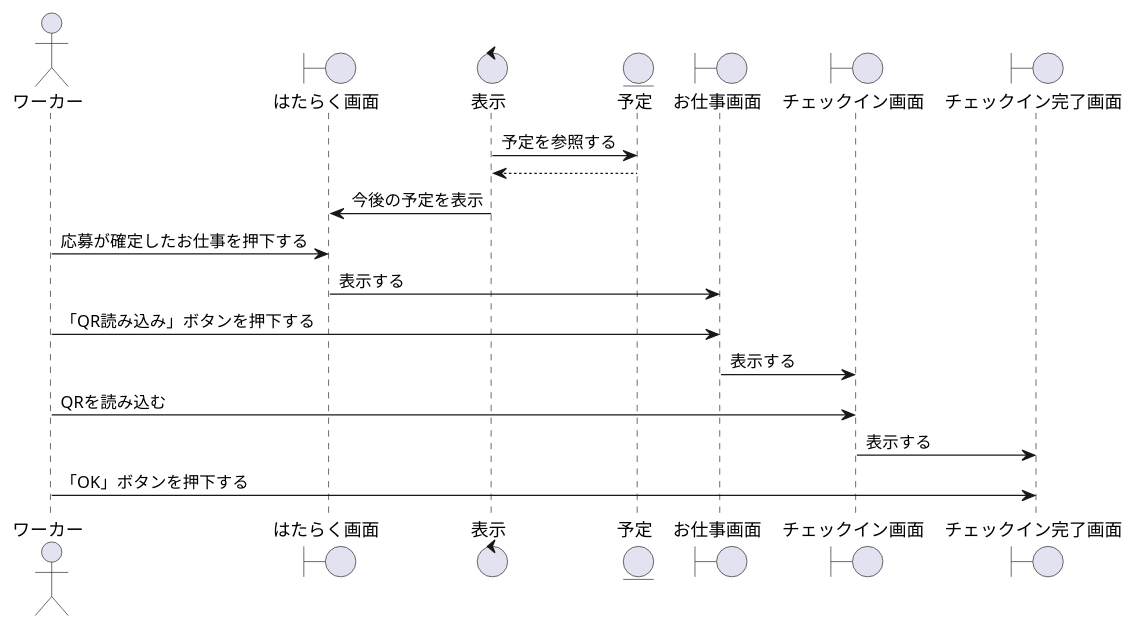
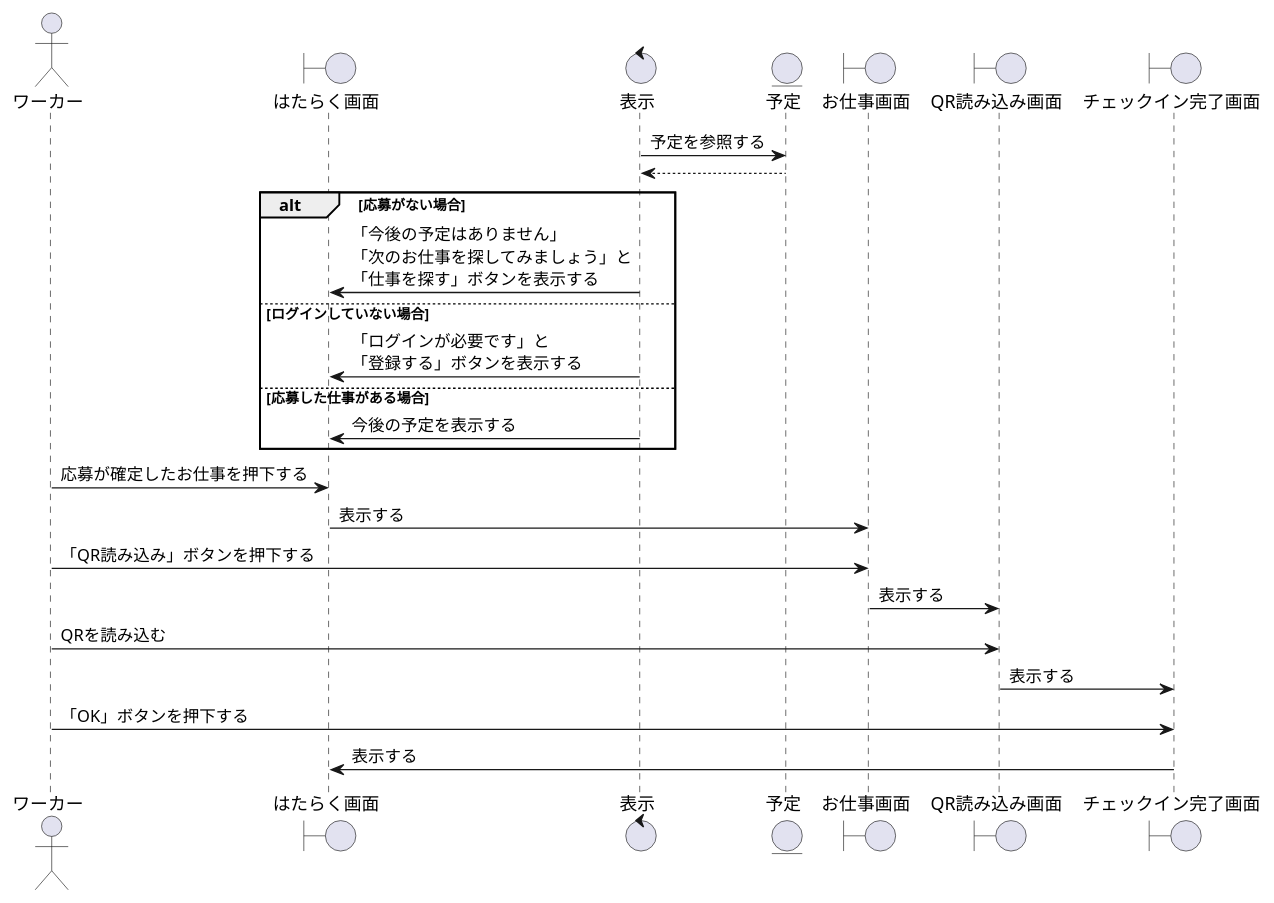
Before and after one commit to irukacb256/high_Me: the diagram in sequence_fig/4_business_fn/1_QRの読み取りをする.pu, drawn with PlantUML. The commit also changed 3 other files, not shown here.

```diff
--- a/sequence_fig/4_business_fn/1_QRの読み取りをする.pu
+++ b/sequence_fig/4_business_fn/1_QRの読み取りをする.pu
@@ -1,31 +1,40 @@
 @startuml QRの読み取りをする
 
 ' 1
 actor ワーカー as wo1
 boundary はたらく画面 as wk1
 control 表示 as co1
 entity 予定 as en1
 boundary お仕事画面 as wk2
-boundary チェックイン画面 as ch1
+boundary QR読み込み画面 as ch1
 boundary チェックイン完了画面 as cc1
+
 
 co1 -> en1 : 予定を参照する
 en1 --> co1 
 
-co1 -> wk1 : 今後の予定を表示
+alt 応募がない場合
+    co1 -> wk1 : 「今後の予定はありません」\n「次のお仕事を探してみましょう」と\n「仕事を探す」ボタンを表示する
+else ログインしていない場合
+    co1 -> wk1 : 「ログインが必要です」と\n「登録する」ボタンを表示する
+
+else 応募した仕事がある場合
+    co1 -> wk1 : 今後の予定を表示する
+end
 
 wo1 -> wk1 : 応募が確定したお仕事を押下する
 
 wk1 -> wk2 : 表示する
 
 wo1 -> wk2 : 「QR読み込み」ボタンを押下する
 
 wk2 -> ch1 : 表示する
 
 wo1 -> ch1 : QRを読み込む
 
 ch1 -> cc1 : 表示する
 
 wo1 -> cc1 : 「OK」ボタンを押下する
 
+cc1 -> wk1 : 表示する
 @enduml
```
